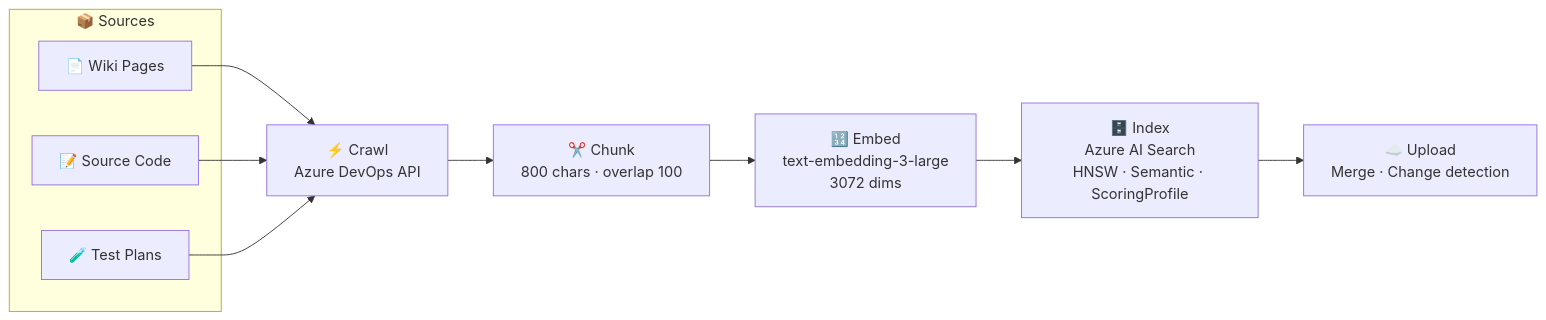
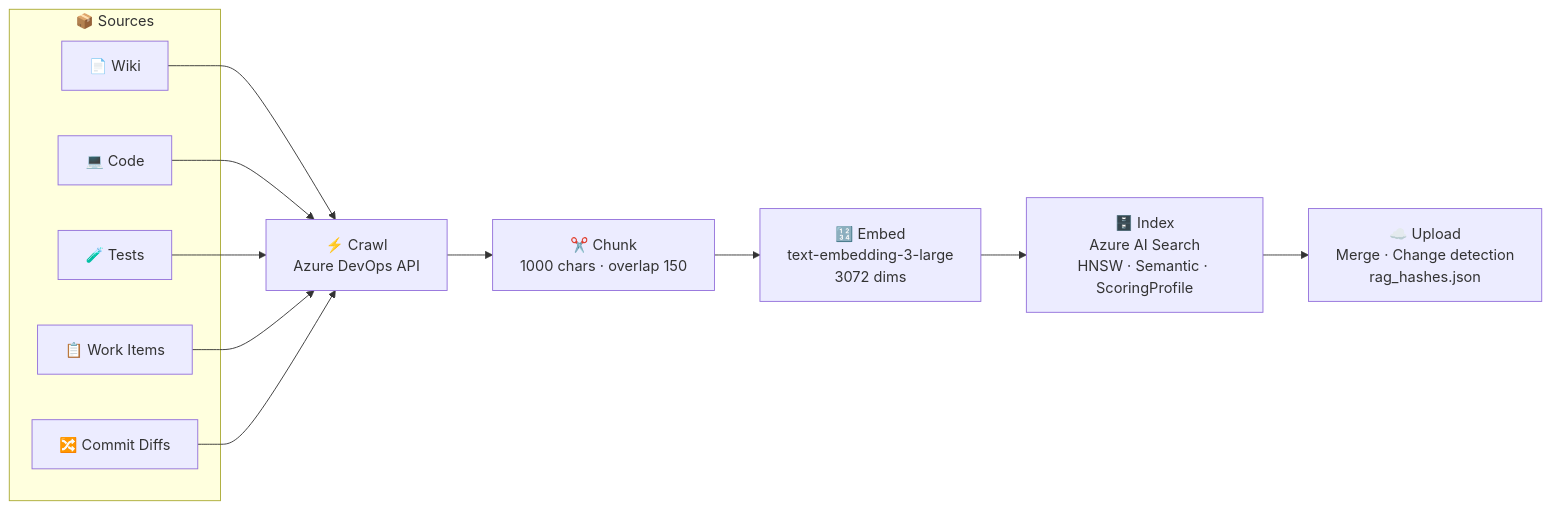
One commit to NunosUL/TigerNuno changed the first of 2 diagrams in readme.md. Above: the diagram before and after it, drawn with Mermaid. The commit also changed other lines of this file and 17 other files, not shown here.

````diff
--- a/readme.md
+++ b/readme.md
@@ -28,18 +30,22 @@
 ```mermaid
 flowchart LR
     subgraph Sources["📦 Sources"]
-        W["📄 Wiki Pages"]
-        C["📝 Source Code"]
-        T["🧪 Test Plans"]
+        W["📄 Wiki"]
+        C["💻 Code"]
+        T["🧪 Tests"]
+        WI["📋 Work Items"]
+        D["🔀 Commit Diffs"]
     end
 
     W --> CR
     C --> CR
     T --> CR
+    WI --> CR
+    D --> CR
 
     CR["⚡ Crawl\nAzure DevOps API"]
-    CR --> CH["✂️ Chunk\n800 chars · overlap 100"]
+    CR --> CH["✂️ Chunk\n1000 chars · overlap 150"]
     CH --> EM["🔢 Embed\ntext-embedding-3-large\n3072 dims"]
     EM --> IX["🗄️ Index\nAzure AI Search\nHNSW · Semantic · ScoringProfile"]
-    IX --> UP["☁️ Upload\nMerge · Change detection"]
+    IX --> UP["☁️ Upload\nMerge · Change detection\nrag_hashes.json"]
 ```
````
